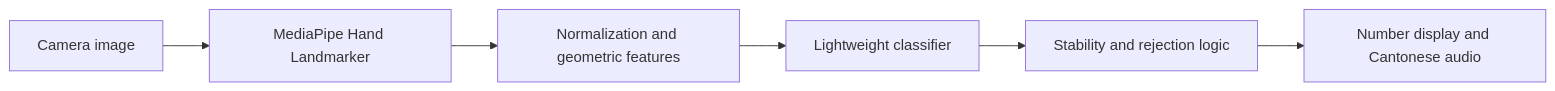
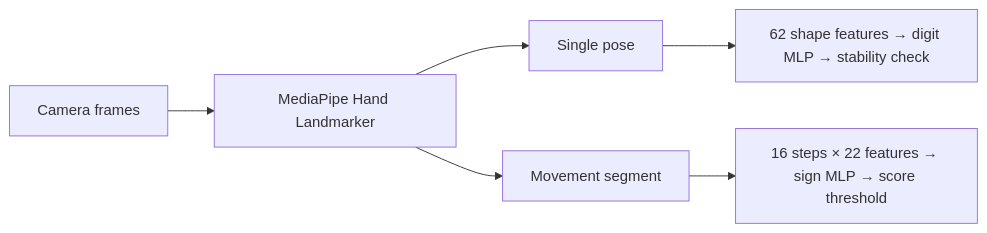
Before and after one commit to centaurus-xie/csit5410-hand-gesture-recognition: the diagram in README.md, drawn with Mermaid. The commit also changed other lines of this file and 1 other file, not shown here.

````diff
--- a/README.md
+++ b/README.md
@@ -21,8 +42,8 @@
 ```mermaid
 flowchart LR
-    A[Camera image] --> B[MediaPipe Hand Landmarker]
-    B --> C[Normalization and geometric features]
-    C --> D[Lightweight classifier]
-    D --> E[Stability and rejection logic]
-    E --> F[Number display and Cantonese audio]
+    A[Camera frames] --> B[MediaPipe Hand Landmarker]
+    B --> C[Single pose]
+    B --> D[Movement segment]
+    C --> E["62 shape features → digit MLP → stability check"]
+    D --> F["16 steps × 22 features → sign MLP → score threshold"]
 ```
````
